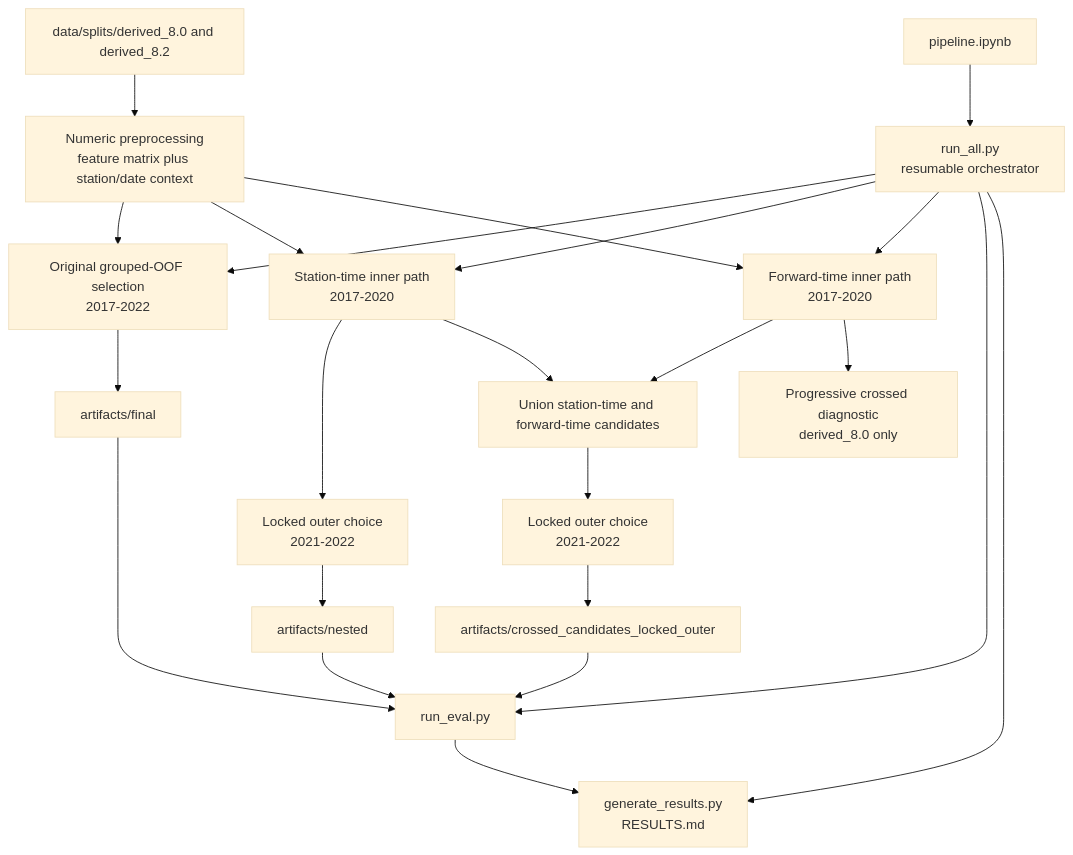
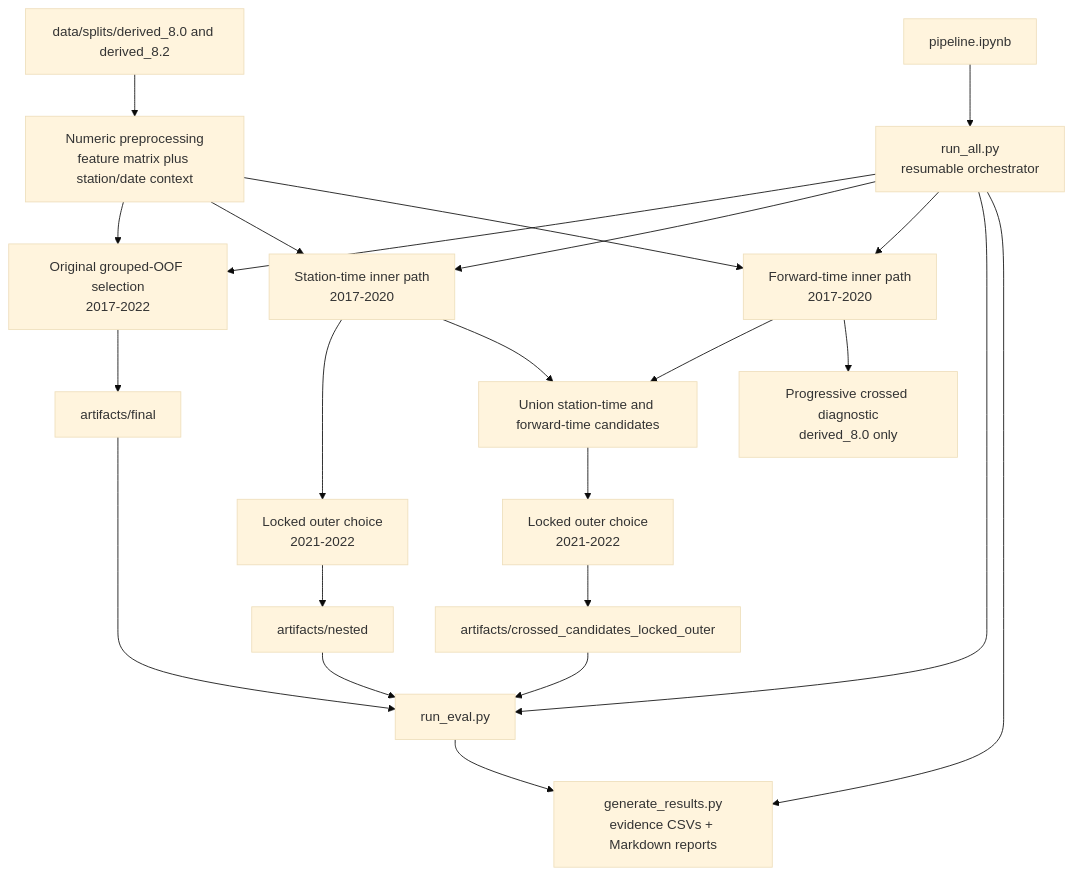
Before and after one commit to KerryCheon/MDR-Project: the diagram in notebooks/experiment/derived_8.2-feature-selection-2.2/README.md, drawn with Mermaid (base theme). The commit also changed other lines of this file and 50 other files, not shown here.

````diff
--- a/notebooks/experiment/derived_8.2-feature-selection-2.2/README.md
+++ b/notebooks/experiment/derived_8.2-feature-selection-2.2/README.md
@@ -22,29 +22,29 @@
 ```mermaid
 flowchart TD
     P[pipeline.ipynb] --> A[run_all.py<br/>resumable orchestrator]
     D[data/splits/derived_8.0 and derived_8.2] --> F[Numeric preprocessing<br/>feature matrix plus station/date context]
 
     F --> O[Original grouped-OOF selection<br/>2017-2022]
     F --> N[Station-time inner path<br/>2017-2020]
     F --> T[Forward-time inner path<br/>2017-2020]
 
     O --> OF[artifacts/final]
     N --> NO[Locked outer choice<br/>2021-2022]
     T --> U[Union station-time and forward-time candidates]
     N --> U
     U --> CO[Locked outer choice<br/>2021-2022]
 
     NO --> AN[artifacts/nested]
     CO --> AC[artifacts/crossed_candidates_locked_outer]
     T --> AP[Progressive crossed diagnostic<br/>derived_8.0 only]
 
     OF --> E[run_eval.py]
     AN --> E
     AC --> E
-    E --> R[generate_results.py<br/>RESULTS.md]
+    E --> R[generate_results.py<br/>evidence CSVs + Markdown reports]
     A --> O
     A --> N
     A --> T
     A --> E
     A --> R
 ```
````
